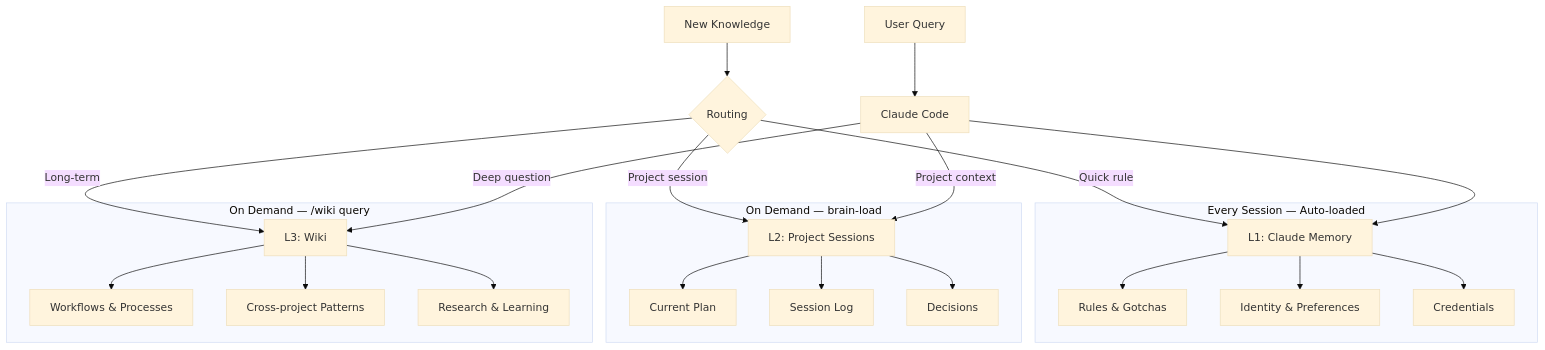
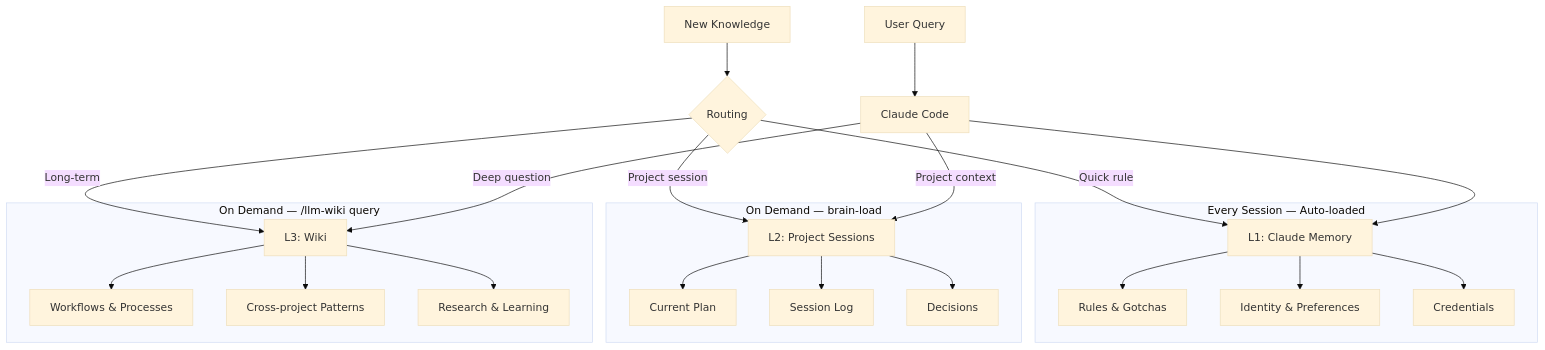
One commit to vlad-aleksandrov/llm-wiki changed the second of 3 diagrams in README.md. Above: the diagram before and after it, drawn with Mermaid (base theme). The commit also changed other lines of this file and 22 other files, not shown here.

First line of the commit message:
feat: rename /wiki skill to /llm-wiki

````diff
--- a/README.md
+++ b/README.md
@@ -116,42 +116,42 @@
 ```mermaid
 graph TB
     subgraph "Every Session — Auto-loaded"
         L1[L1: Claude Memory]
         L1R[Rules & Gotchas]
         L1I[Identity & Preferences]
         L1C[Credentials]
         L1 --> L1R
         L1 --> L1I
         L1 --> L1C
     end
 
     subgraph "On Demand — brain-load"
         L2[L2: Project Sessions]
         L2P[Current Plan]
         L2S[Session Log]
         L2D[Decisions]
         L2 --> L2P
         L2 --> L2S
         L2 --> L2D
     end
 
-    subgraph "On Demand — /wiki query"
+    subgraph "On Demand — /llm-wiki query"
         L3[L3: Wiki]
         L3W[Workflows & Processes]
         L3K[Cross-project Patterns]
         L3R[Research & Learning]
         L3 --> L3W
         L3 --> L3K
         L3 --> L3R
     end
 
     NEW[New Knowledge] --> ROUTE{Routing}
     ROUTE -->|Quick rule| L1
     ROUTE -->|Project session| L2
     ROUTE -->|Long-term| L3
 
     USER[User Query] --> CLAUDE[Claude Code]
     CLAUDE --> L1
     CLAUDE -->|Project context| L2
     CLAUDE -->|Deep question| L3
 ```
````
